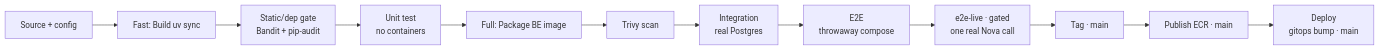
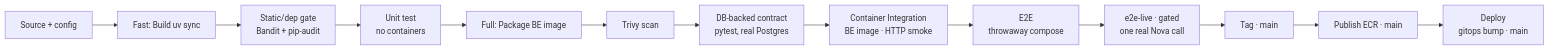
Before and after one commit to Steve-droid/modelmatch-backend: the diagram in README.md, drawn with Mermaid. The commit also changed other lines of this file and 4 other files, not shown here.

First line of the commit message:
ci(p31): container integration gate before E2E

````diff
--- a/README.md
+++ b/README.md
@@ -208,14 +220,15 @@
 ```mermaid
 graph LR
     A[Source + config] --> B[Fast: Build uv sync]
     B --> C[Static/dep gate<br/>Bandit + pip-audit]
     C --> D[Unit test<br/>no containers]
     D --> E[Full: Package BE image]
     E --> F[Trivy scan]
-    F --> G[Integration<br/>real Postgres]
-    G --> H[E2E<br/>throwaway compose]
-    H --> I[e2e-live · gated<br/>one real Nova call]
-    I --> J[Tag · main]
-    J --> K[Publish ECR · main]
-    K --> L[Deploy<br/>gitops bump · main]
+    F --> G[DB-backed contract<br/>pytest, real Postgres]
+    G --> H[Container Integration<br/>BE image · HTTP smoke]
+    H --> I[E2E<br/>throwaway compose]
+    I --> J[e2e-live · gated<br/>one real Nova call]
+    J --> K[Tag · main]
+    K --> L[Publish ECR · main]
+    L --> M[Deploy<br/>gitops bump · main]
 ```
````
